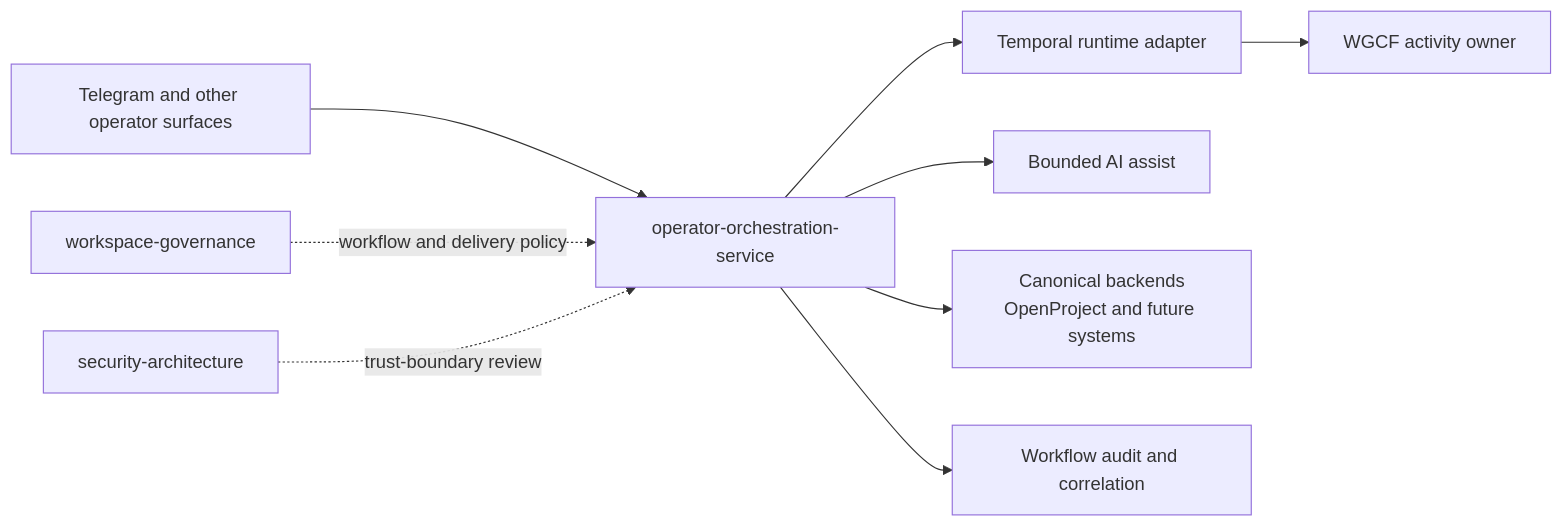
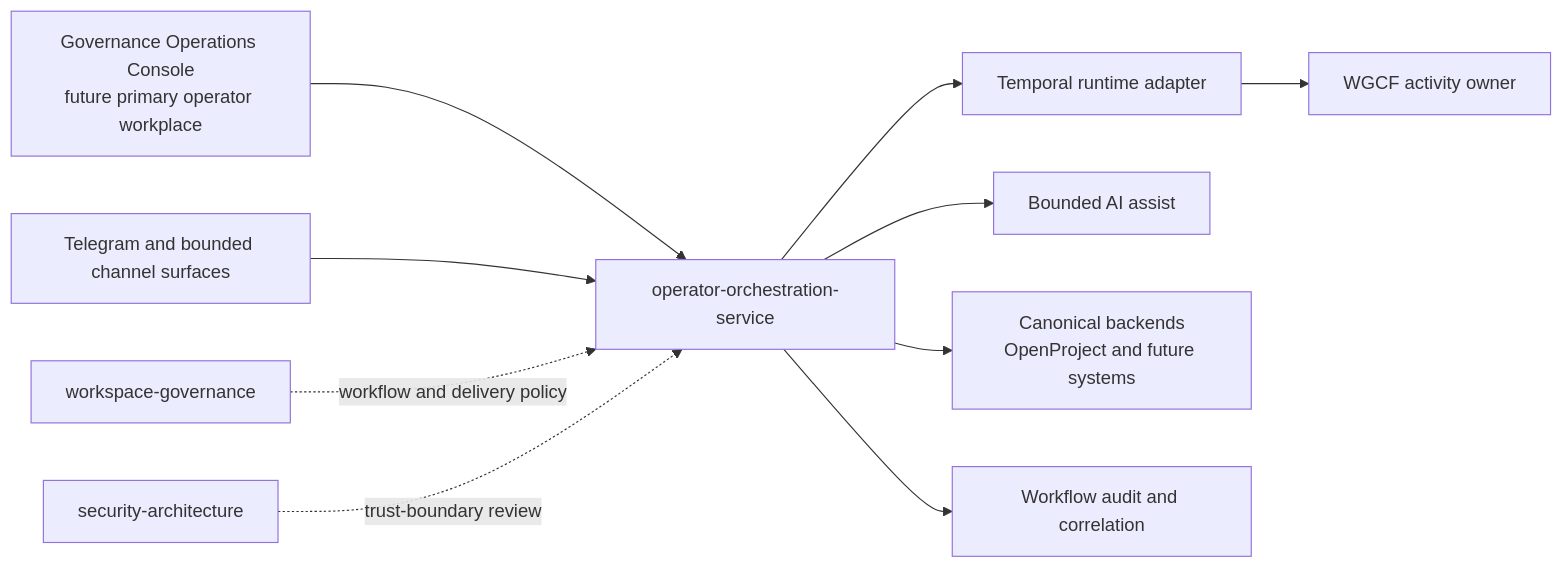
The diagram in README.md (mfshaf7/operator-orchestration-service), drawn with Mermaid before and after one commit. The commit also changed other lines of this file and 18 other files, not shown here.

````diff
--- a/README.md
+++ b/README.md
@@ -27,20 +27,22 @@
 ```mermaid
 flowchart LR
-    Surfaces[Telegram and other operator surfaces]
+    Console[Governance Operations Console<br/>future primary operator workplace]
+    Channels[Telegram and bounded channel surfaces]
     OOS[operator-orchestration-service]
     Temporal[Temporal runtime adapter]
     WGCF[WGCF activity owner]
     AI[Bounded AI assist]
     Backends[Canonical backends<br/>OpenProject and future systems]
     Audit[Workflow audit and correlation]
     WG[workspace-governance]
     SA[security-architecture]
 
-    Surfaces --> OOS
+    Console --> OOS
+    Channels --> OOS
     OOS --> AI
     OOS --> Backends
     OOS --> Audit
     OOS --> Temporal --> WGCF
     WG -. workflow and delivery policy .-> OOS
     SA -. trust-boundary review .-> OOS
 ```
````
